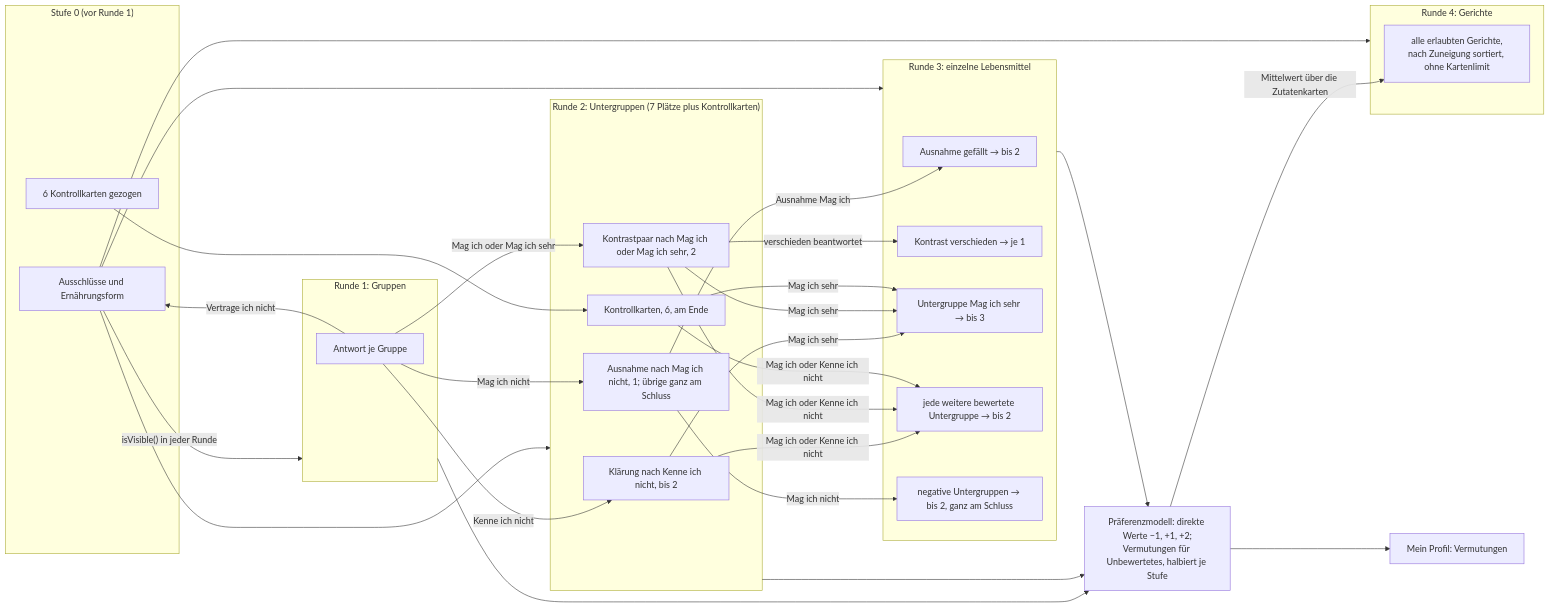
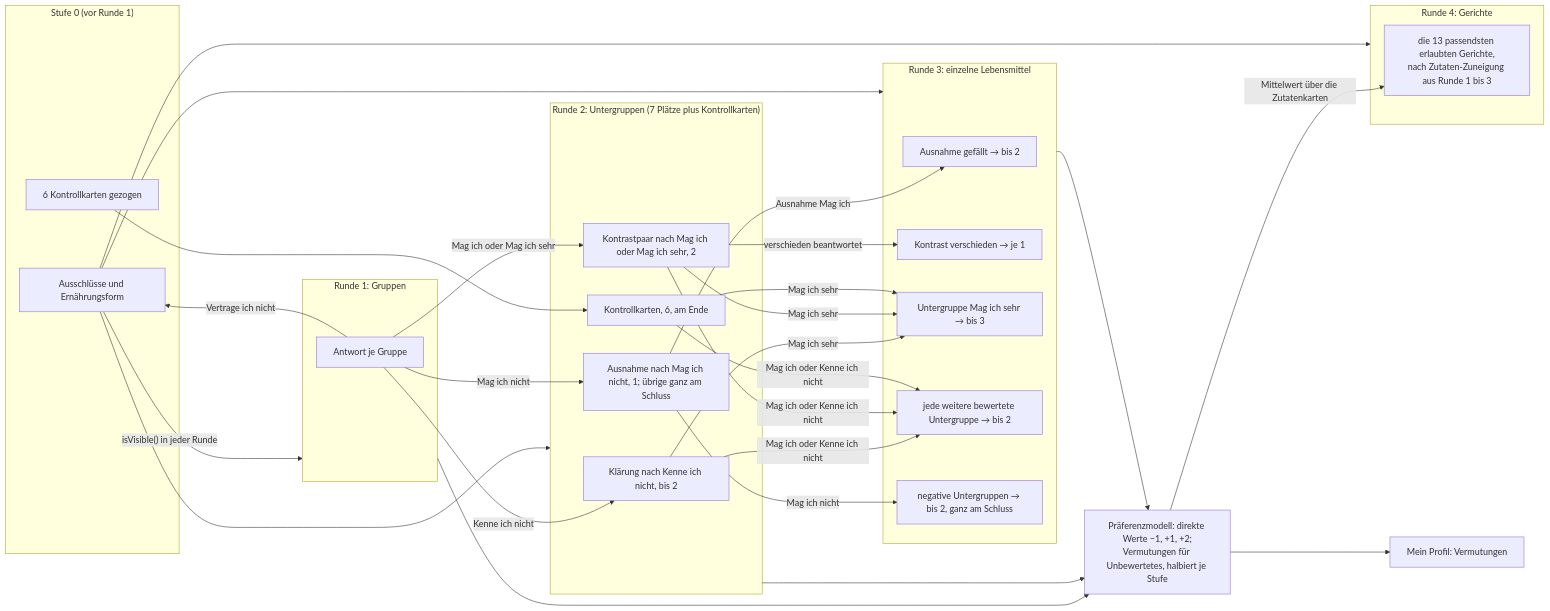
One commit to kerisan-jeg/geschmacksprofil-50plus changed the fifth of 6 diagrams in docs/05_Flowcharts.md. Above: the diagram before and after it, drawn with Mermaid. The commit also changed other lines of this file and 21 other files, not shown here.

````diff
--- a/docs/05_Flowcharts.md
+++ b/docs/05_Flowcharts.md
@@ -119,50 +118,50 @@
 ```mermaid
 flowchart LR
   subgraph S0["Stufe 0 (vor Runde 1)"]
     O["Ausschlüsse und Ernährungsform"]
     HO["6 Kontrollkarten gezogen"]
   end
   subgraph R1["Runde 1: Gruppen"]
     A1["Antwort je Gruppe"]
   end
   subgraph R2["Runde 2: Untergruppen (7 Plätze plus Kontrollkarten)"]
     B1["Klärung nach Kenne ich nicht, bis 2"]
     B2["Ausnahme nach Mag ich nicht, 1; übrige ganz am Schluss"]
     B3["Kontrastpaar nach Mag ich oder Mag ich sehr, 2"]
     B4["Kontrollkarten, 6, am Ende"]
   end
   subgraph R3["Runde 3: einzelne Lebensmittel"]
     C1["Ausnahme gefällt → bis 2"]
     C2["Kontrast verschieden → je 1"]
     C3["Untergruppe Mag ich sehr → bis 3"]
     C4["jede weitere bewertete Untergruppe → bis 2"]
     C5["negative Untergruppen → bis 2, ganz am Schluss"]
   end
   subgraph R4["Runde 4: Gerichte"]
-    D1["alle erlaubten Gerichte,<br/>nach Zuneigung sortiert, ohne Kartenlimit"]
+    D1["die 13 passendsten erlaubten Gerichte,<br/>nach Zutaten-Zuneigung aus Runde 1 bis 3"]
   end
   MOD["Präferenzmodell: direkte Werte −1, +1, +2;<br/>Vermutungen für Unbewertetes, halbiert je Stufe"]
   O -- "isVisible() in jeder Runde" --> R1
   O --> R2
   O --> R3
   O --> R4
   HO --> B4
   A1 -- "Kenne ich nicht" --> B1
   A1 -- "Mag ich nicht" --> B2
   A1 -- "Mag ich oder Mag ich sehr" --> B3
   A1 -- "Vertrage ich nicht" --> O
   B2 -- "Ausnahme Mag ich" --> C1
   B3 -- "verschieden beantwortet" --> C2
   B1 -- "Mag ich sehr" --> C3
   B3 -- "Mag ich sehr" --> C3
   B4 -- "Mag ich sehr" --> C3
   B1 -- "Mag ich oder Kenne ich nicht" --> C4
   B3 -- "Mag ich oder Kenne ich nicht" --> C4
   B4 -- "Mag ich oder Kenne ich nicht" --> C4
   B2 -- "Mag ich nicht" --> C5
   R1 --> MOD
   R2 --> MOD
   R3 --> MOD
   MOD -- "Mittelwert über die Zutatenkarten" --> D1
   MOD --> PROF["Mein Profil: Vermutungen"]
 ```
````
